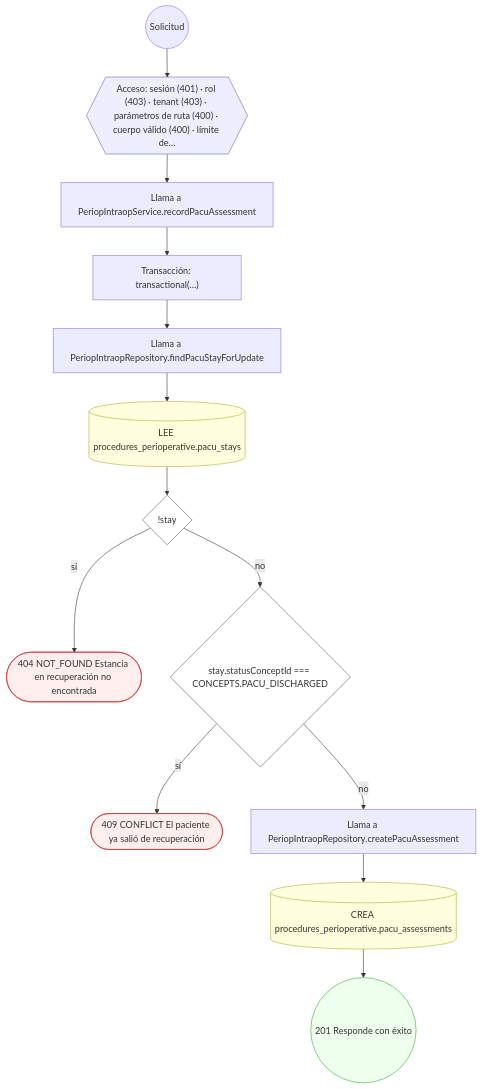
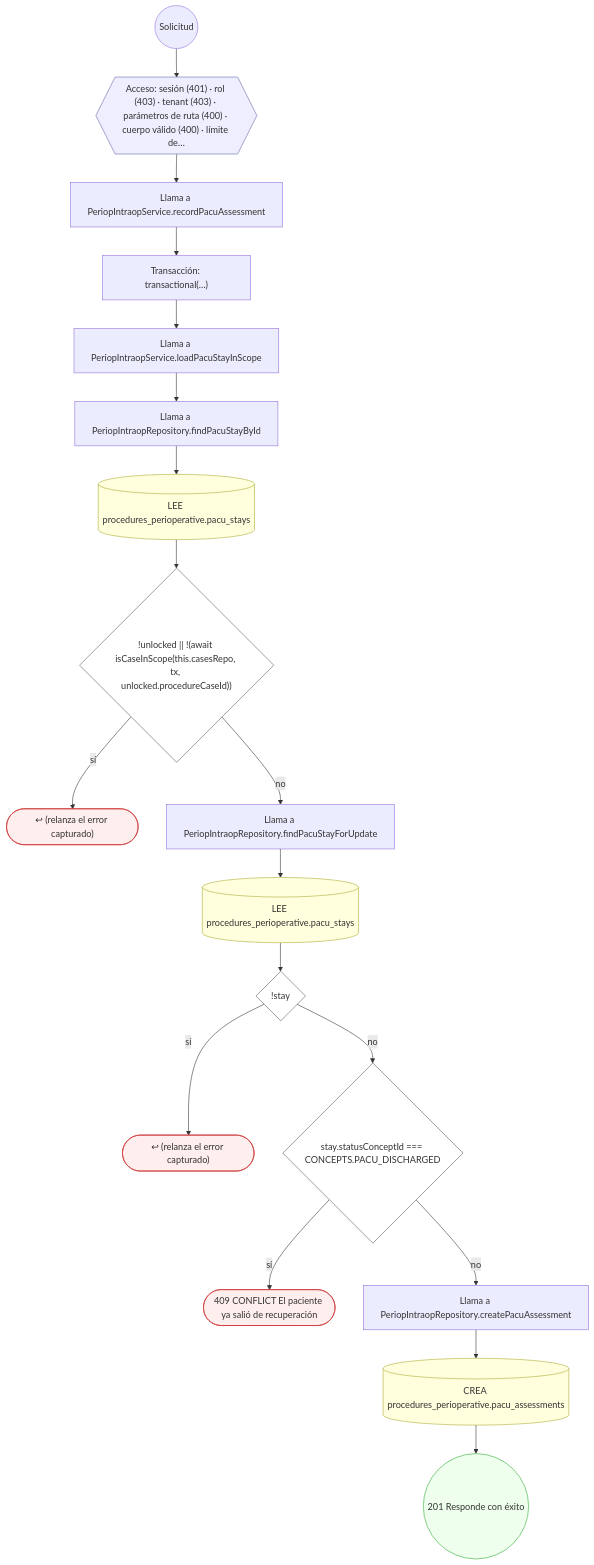
One commit to mdavila-2001/mantra-core-health-api changed the fourth of 30 diagrams in docs/inventario/flujos/procedures_perioperative.md. Above: the diagram before and after it, drawn with Mermaid. The commit also changed other lines of this file and 438 other files, not shown here.

````diff
--- a/docs/inventario/flujos/procedures_perioperative.md
+++ b/docs/inventario/flujos/procedures_perioperative.md
@@ -524,34 +549,44 @@
 ```mermaid
 flowchart TD
   n1(("Solicitud")):::inicio
   n2{{"Acceso: sesión (401) · rol (403) · tenant (403) · parámetros de ruta (400) · cuerpo válido (400) · límite de…"}}:::acceso
   n1 --> n2
   n3["Llama a PeriopIntraopService.recordPacuAssessment"]:::llamada
   n2 --> n3
   n4["Transacción: transactional(…)"]:::transaccion
   n3 --> n4
-  n5["Llama a PeriopIntraopRepository.findPacuStayForUpdate"]:::llamada
+  n5["Llama a PeriopIntraopService.loadPacuStayInScope"]:::llamada
   n4 --> n5
-  n6[("LEE procedures_perioperative.pacu_stays")]:::efecto
+  n6["Llama a PeriopIntraopRepository.findPacuStayById"]:::llamada
   n5 --> n6
-  n7{"!stay"}:::decision
+  n7[("LEE procedures_perioperative.pacu_stays")]:::efecto
   n6 --> n7
-  n8(["404 NOT_FOUND Estancia en recuperación no encontrada"]):::error
-  n7 -->|"sí"| n8
-  n9{"stay.statusConceptId === CONCEPTS.PACU_DISCHARGED"}:::decision
-  n7 -->|"no"| n9
-  n10(["409 CONFLICT El paciente ya salió de recuperación"]):::error
-  n9 -->|"sí"| n10
-  n11["Llama a PeriopIntraopRepository.createPacuAssessment"]:::llamada
-  n9 -->|"no"| n11
-  n12[("CREA procedures_perioperative.pacu_assessments")]:::efecto
+  n8{"!unlocked || !(await isCaseInScope(this.casesRepo, tx, unlocked.procedureCaseId))"}:::decision
+  n7 --> n8
+  n9(["↩ (relanza el error capturado)"]):::error
+  n8 -->|"sí"| n9
+  n10["Llama a PeriopIntraopRepository.findPacuStayForUpdate"]:::llamada
+  n8 -->|"no"| n10
+  n11[("LEE procedures_perioperative.pacu_stays")]:::efecto
+  n10 --> n11
+  n12{"!stay"}:::decision
   n11 --> n12
-  n13(("201 Responde con éxito")):::ok
-  n12 --> n13
+  n13(["↩ (relanza el error capturado)"]):::error
+  n12 -->|"sí"| n13
+  n14{"stay.statusConceptId === CONCEPTS.PACU_DISCHARGED"}:::decision
+  n12 -->|"no"| n14
+  n15(["409 CONFLICT El paciente ya salió de recuperación"]):::error
+  n14 -->|"sí"| n15
+  n16["Llama a PeriopIntraopRepository.createPacuAssessment"]:::llamada
+  n14 -->|"no"| n16
+  n17[("CREA procedures_perioperative.pacu_assessments")]:::efecto
+  n16 --> n17
+  n18(("201 Responde con éxito")):::ok
+  n17 --> n18
   classDef acceso fill:#eef,stroke:#66a
   classDef error fill:#fee,stroke:#c33
   classDef ok fill:#efe,stroke:#3a3
   classDef efecto fill:#ffd,stroke:#aa3
   classDef decision fill:#fff,stroke:#555
   classDef corte fill:#eee,stroke:#999,stroke-dasharray: 4
 ```
````
